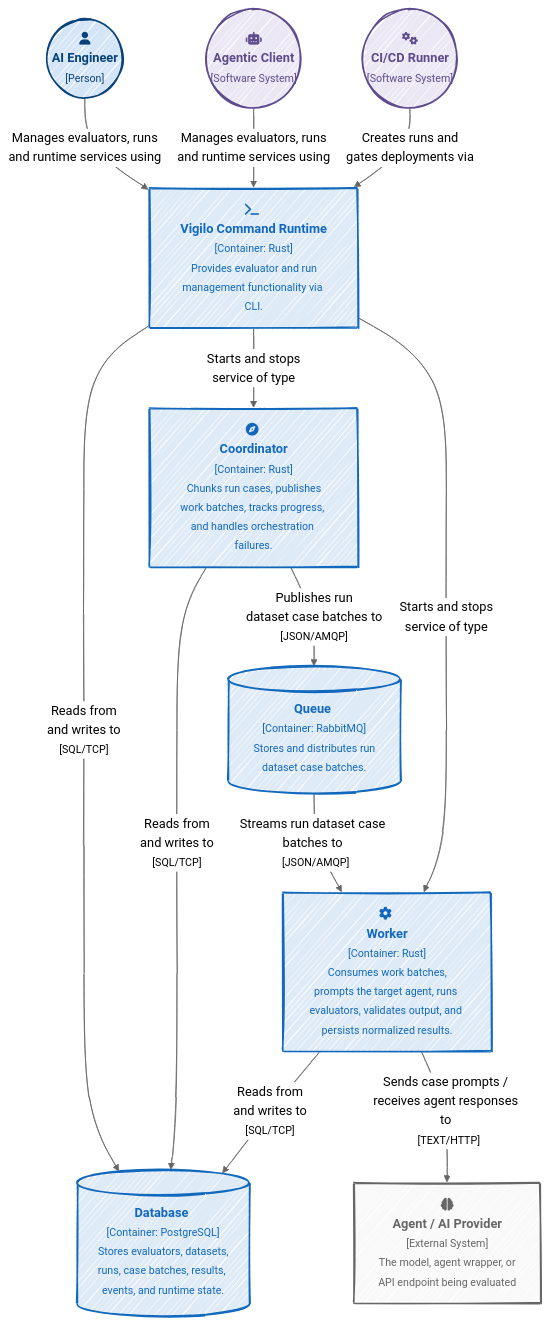
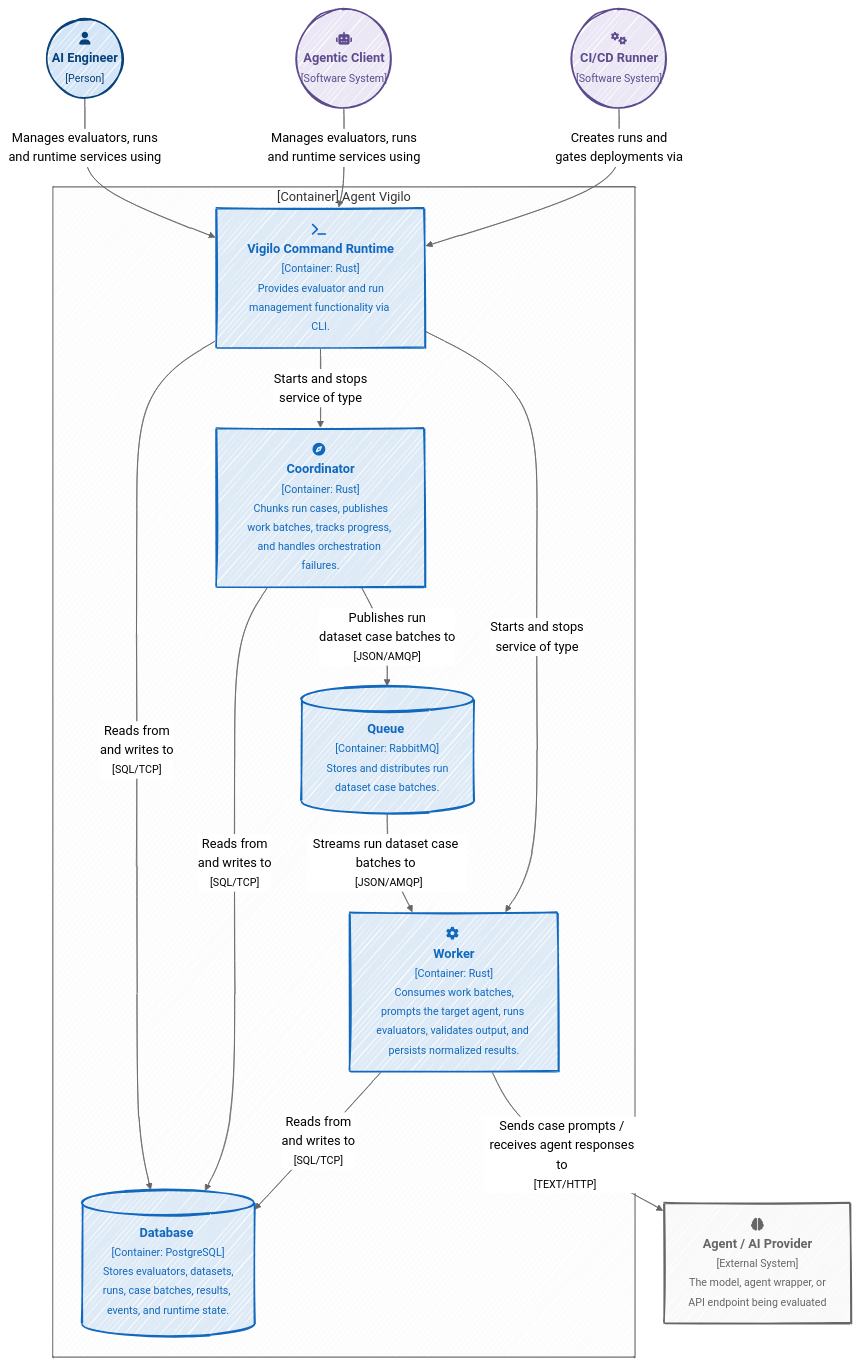
One commit to gregl83/agent-vigilo changed the diagram in web/docs/architecture/structure/containers/diagram.mmd. Above: the diagram before and after it, drawn with Mermaid.

Commit message:
add container subgraph to containers c4 diagram

```diff
--- a/web/docs/architecture/structure/containers/diagram.mmd
+++ b/web/docs/architecture/structure/containers/diagram.mmd
@@ -1,38 +1,48 @@
 ---
 config:
   theme: neutral
   look: handDrawn
 ---
 flowchart TD
-%% styles
+    %% styles
     classDef actor fill:#ebe7f5,color:#5e4b8d,stroke:#5e4b8d,stroke-width:2px
     classDef person fill:#d4e5f7,color:#08427b,stroke:#08427b,stroke-width:2px
     classDef system fill:#deebf7,color:#1168bd,stroke:#1168bd,stroke-width:2px
     classDef external fill:#f9f9f9,color:#666,stroke:#666,stroke-width:2px
 
-%% actors
+    %% actors
     User(("fa:fa-user <br/> <b>AI Engineer</b> <br/> <small>[Person]</small>")):::person
     AgentClient(("fa:fa-robot <br/> <b>Agentic Client</b> <br/> <small>[Software System]</small>")):::actor
     CICD(("fa:fa-gears <br/> <b>CI/CD Runner</b> <br/> <small>[Software System]</small>")):::actor
 
-%% components
+
+    %% components
     Vigilo["fa:fa-terminal <br/> <b>Vigilo Command Runtime</b> <br/> <small>[Container: Rust]</small> <br/> <small>Provides evaluator and run management functionality via CLI.</small>"]:::system
     Coordinator["fa:fa-compass <br/> <b>Coordinator</b> <br/> <small>[Container: Rust]</small> <br/> <small>Chunks run cases, publishes work batches, tracks progress, and handles orchestration failures.</small>"]:::system
     Worker["fa:fa-gear <br/> <b>Worker</b> <br/> <small>[Container: Rust]</small> <br/> <small>Consumes work batches, prompts the target agent, runs evaluators, validates output, and persists normalized results.</small>"]:::system
     Database[("<b>Database</b> <br/> <small>[Container: PostgreSQL]</small> <br/> <small>Stores evaluators, datasets, runs, case batches, results, events, and runtime state.</small>")]:::system
     Queue[("<b>Queue</b> <br/> <small>[Container: RabbitMQ]</small> <br/> <small>Stores and distributes run dataset case batches.</small>")]:::system
 
-%% external target
+    %% system boundary
+    subgraph VigiloSystem["[Container] Agent Vigilo"]
+        Vigilo
+        Coordinator
+        Worker
+        Database
+        Queue
+    end
+
+    %% external target
     TargetAgent["fa:fa-brain <br/> <b>Agent / AI Provider</b> <br/> <small>[External System]</small> <br/> <small>The model, agent wrapper, or <br/> API endpoint being evaluated</small>"]:::external
 
-%% edges
+    %% edges
     User & AgentClient -->|"Manages evaluators, runs <br/> and runtime services using"| Vigilo
     CICD -->|Creates runs and <br/> gates deployments via| Vigilo
     Vigilo -->|"Reads from <br/> and writes to <br> <small>[SQL/TCP]</small>"| Database
     Vigilo -->|"Starts and stops <br/> service of type"| Coordinator
     Vigilo -->|"Starts and stops <br/> service of type"| Worker
     Coordinator -->|"Reads from <br/> and writes to <br> <small>[SQL/TCP]</small>"| Database
     Coordinator -->|"Publishes run <br/> dataset case batches to <br> <small>[JSON/AMQP]</small>"| Queue
     Queue -->|"Streams run dataset case batches to <br> <small>[JSON/AMQP]</small>"| Worker
     Worker -->|"Reads from <br/> and writes to <br> <small>[SQL/TCP]</small>"| Database
     Worker -->|"Sends case prompts / receives agent responses to <br> <small>[TEXT/HTTP]</small>"| TargetAgent
```
